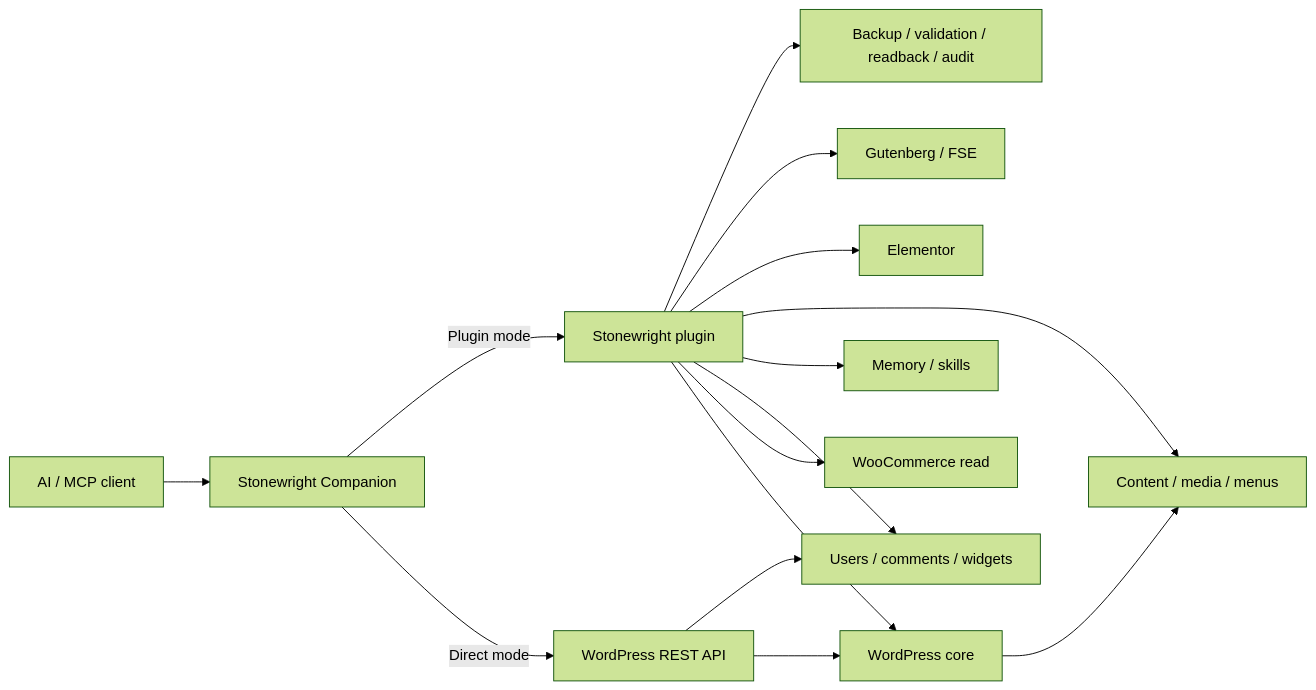
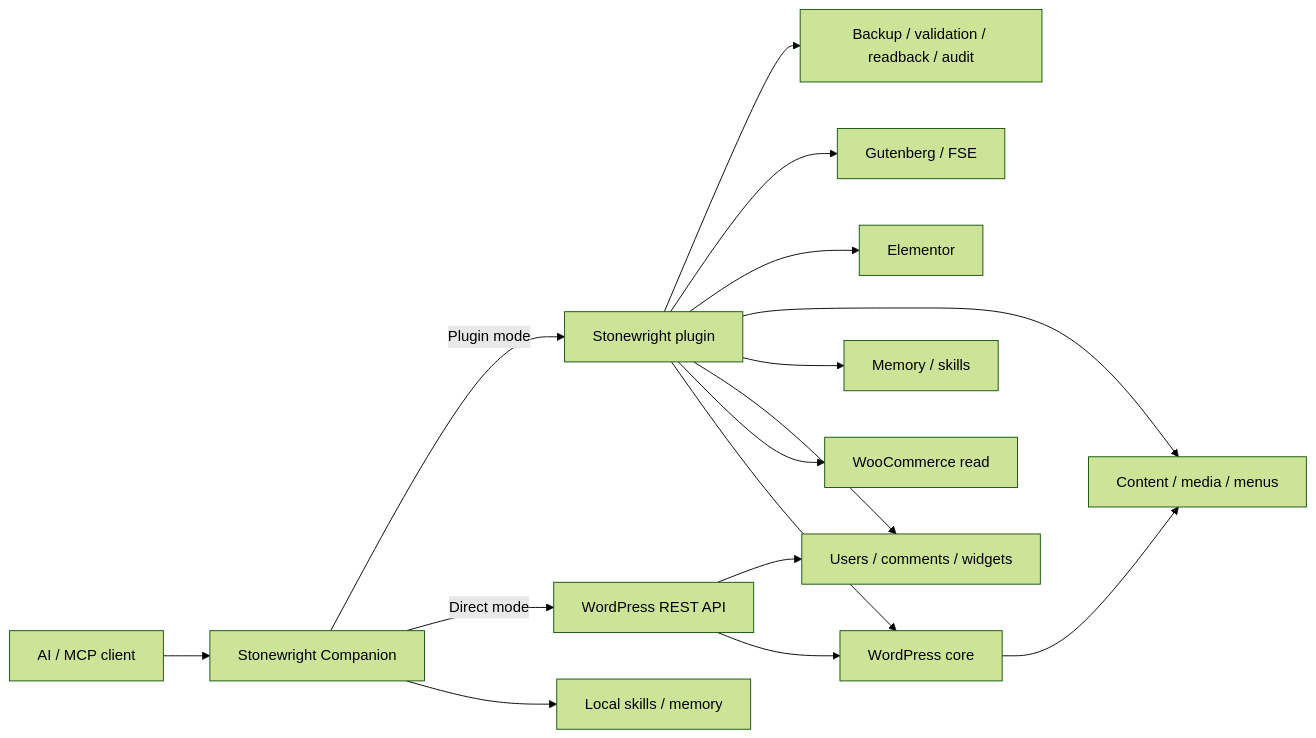
Before and after one commit to cosmincraciun97/stonewright-wp-mcp: the diagram in README.md, drawn with Mermaid (forest theme). The commit also changed other lines of this file and 68 other files, not shown here.

````diff
--- a/README.md
+++ b/README.md
@@ -187,30 +187,31 @@
 ```mermaid
 flowchart LR
   Client[AI / MCP client]
   Companion[Stonewright Companion]
   Plugin[Stonewright plugin]
   REST[WordPress REST API]
   WP[WordPress core]
   Guten[Gutenberg / FSE]
   Elem[Elementor]
   Content[Content / media / menus]
   Mem[Memory / skills]
   Users[Users / comments / widgets]
   WC[WooCommerce read]
   Gates[Backup / validation / readback / audit]
 
   Client --> Companion
   Companion -->|Plugin mode| Plugin
   Companion -->|Direct mode| REST
+  Companion --> Skills[Local skills / memory]
   Plugin --> Gates
   Plugin --> Guten
   Plugin --> Elem
   Plugin --> Content
   Plugin --> Mem
   Plugin --> Users
   Plugin --> WC
   REST --> Users
   REST --> WP
   WP --> Content
   Plugin --> WP
 ```
````
